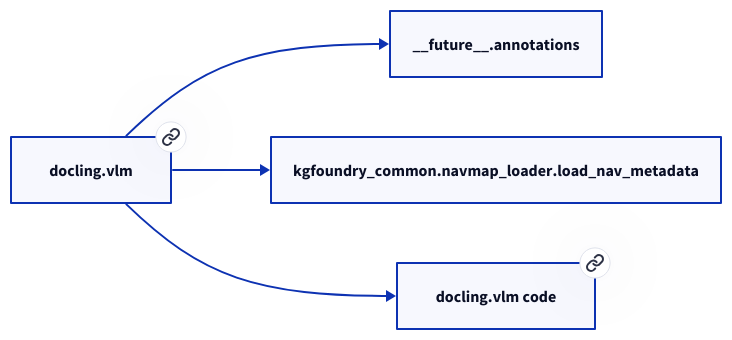
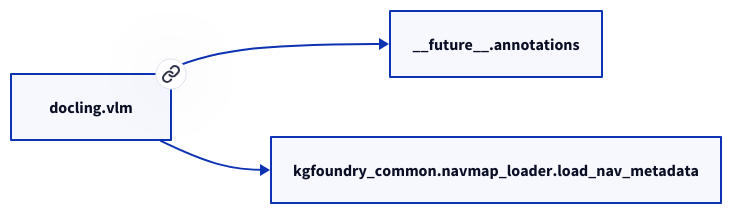
Before and after one commit to paul-heyse/kgforge: the second of 2 diagrams in docs/modules/docling/vlm.md, drawn with D2. The commit also changed other lines of this file and 118 other files, not shown here.

````diff
--- a/docs/modules/docling/vlm.md
+++ b/docs/modules/docling/vlm.md
@@ -34,10 +32,8 @@
 ```d2
 direction: right
-"docling.vlm": "docling.vlm" { link: "./docling/vlm.md" }
+"docling.vlm": "docling.vlm" { link: "vlm.md" }
 "__future__.annotations": "__future__.annotations"
 "docling.vlm" -> "__future__.annotations"
 "kgfoundry_common.navmap_loader.load_nav_metadata": "kgfoundry_common.navmap_loader.load_nav_metadata"
 "docling.vlm" -> "kgfoundry_common.navmap_loader.load_nav_metadata"
-"docling.vlm_code": "docling.vlm code" { link: "https://github.com/kgfoundry/kgfoundry/blob/main/src/docling/vlm.py" }
-"docling.vlm" -> "docling.vlm_code" { style: dashed }
 ```
````
